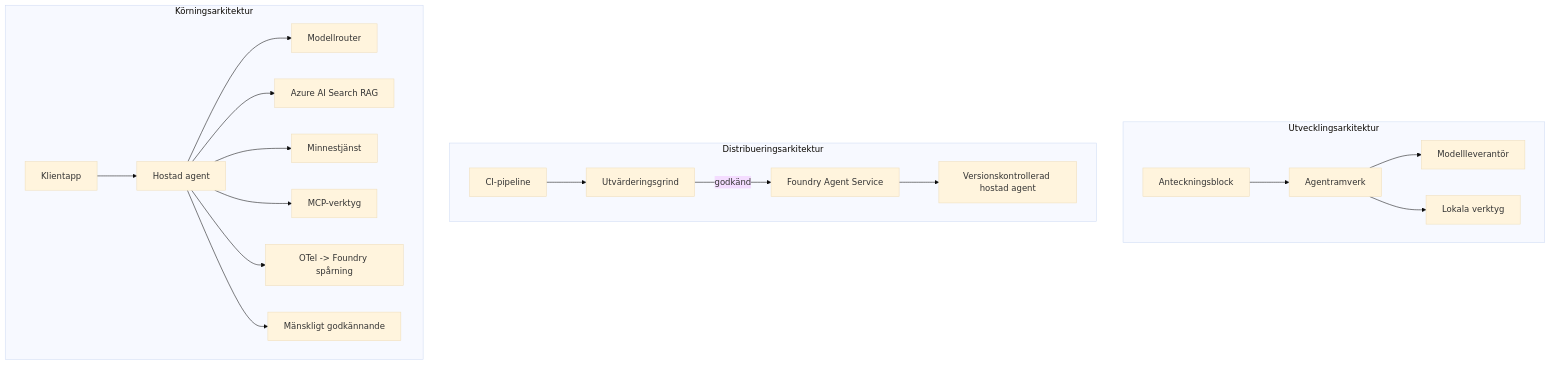
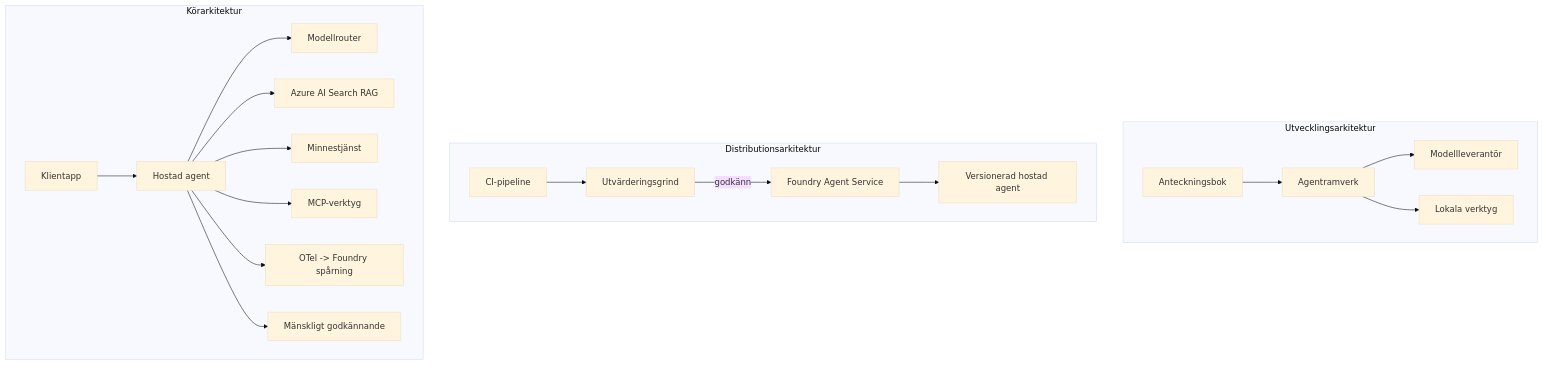
Before and after one commit to gabrielmoreira/agent-skills-mirror: the fourth of 4 diagrams in mirrors/repos/microsoft@ai-agents-for-beginners/translations/sv/16-deploying-scalable-agents/README.md, drawn with Mermaid (base theme). The commit also changed other lines of this file and 3581 other files, not shown here.

````diff
--- a/mirrors/repos/microsoft@ai-agents-for-beginners/translations/sv/16-deploying-scalable-agents/README.md
+++ b/mirrors/repos/microsoft@ai-agents-for-beginners/translations/sv/16-deploying-scalable-agents/README.md
@@ -185,22 +185,22 @@
 ```mermaid
 flowchart TB
     subgraph Dev[Utvecklingsarkitektur]
-        D1[Anteckningsblock] --> D2[Agentramverk]
+        D1[Anteckningsbok] --> D2[Agentramverk]
         D2 --> D3[Modellleverantör]
         D2 --> D4[Lokala verktyg]
     end
-    subgraph Deploy[Distribueringsarkitektur]
+    subgraph Deploy[Distributionsarkitektur]
         E1[CI-pipeline] --> E2[Utvärderingsgrind]
-        E2 -->|godkänd| E3[Foundry Agent Service]
-        E3 --> E4[Versionskontrollerad hostad agent]
+        E2 -->|godkänn| E3[Foundry Agent Service]
+        E3 --> E4[Versionerad hostad agent]
     end
-    subgraph Run[Körningsarkitektur]
+    subgraph Run[Körarkitektur]
         F1[Klientapp] --> F2[Hostad agent]
         F2 --> F3[Modellrouter]
         F2 --> F4[Azure AI Search RAG]
         F2 --> F5[Minnestjänst]
         F2 --> F6[MCP-verktyg]
         F2 --> F7[OTel -> Foundry spårning]
         F2 --> F8[Mänskligt godkännande]
     end
 ```
````
